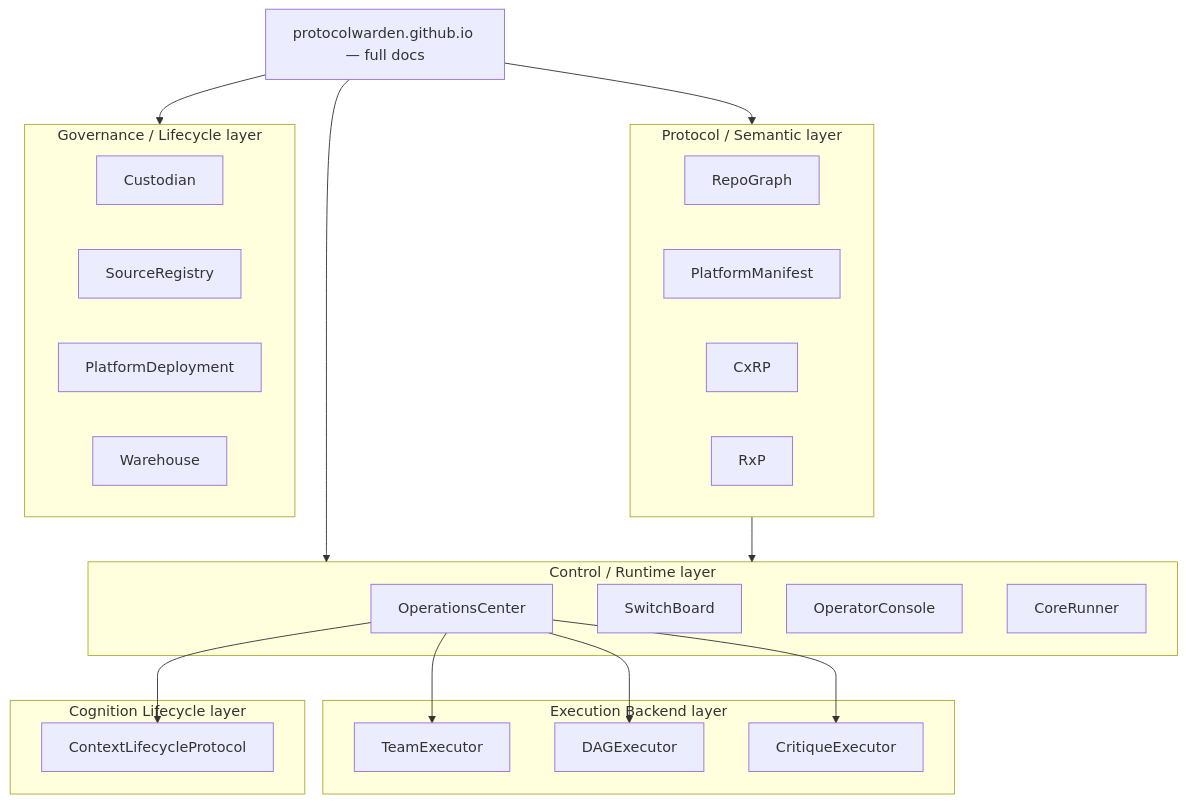
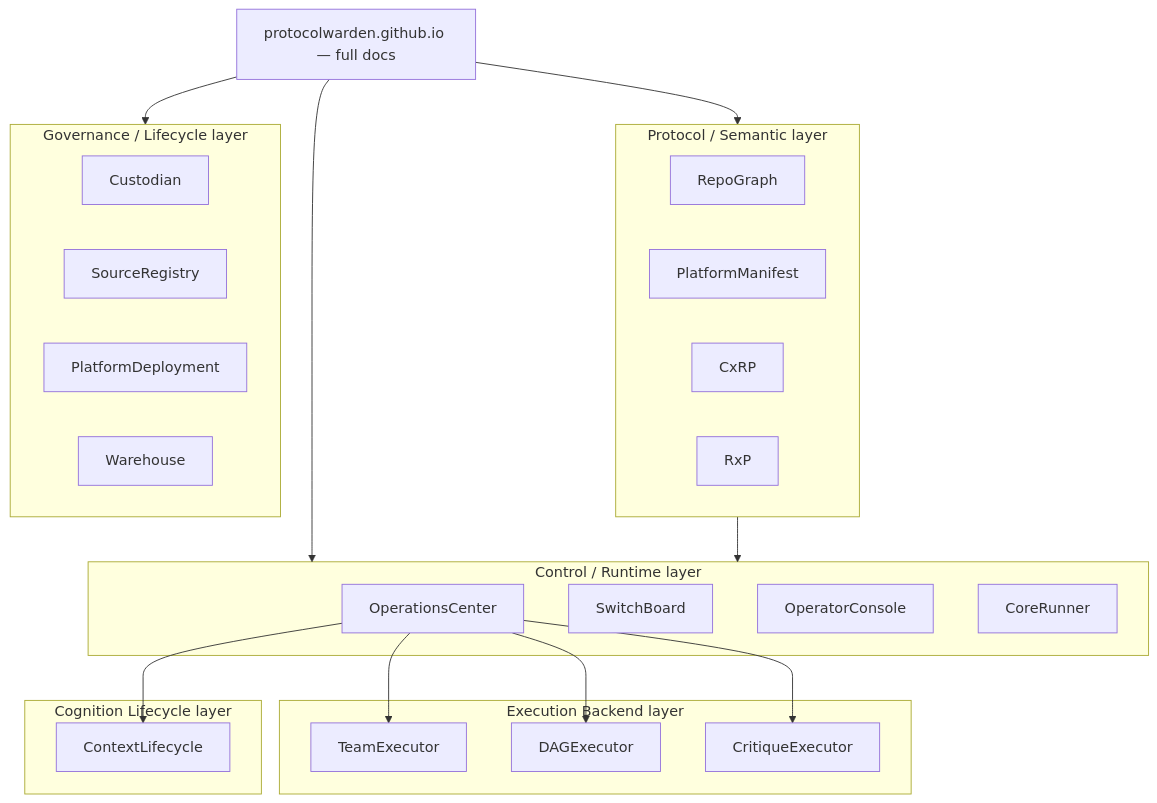
One commit to ProtocolWarden/ProtocolWarden changed the diagram in README.md. Above: the diagram before and after it, drawn with Mermaid. The commit also changed other lines of this file and 1 other file, not shown here.

Commit message:
chore: rename ContextLifecycleProtocol → ContextLifecycle
Hard cutover — update all references to match new repo name.

````diff
--- a/README.md
+++ b/README.md
@@ -16,44 +16,44 @@
 ```mermaid
 graph TD
     DOCS["protocolwarden.github.io — full docs"]
 
     subgraph proto ["Protocol / Semantic layer"]
         RG[RepoGraph]
         PM[PlatformManifest]
         CX[CxRP]
         RX[RxP]
     end
 
     subgraph ctrl ["Control / Runtime layer"]
         OPS[OperationsCenter]
         SB[SwitchBoard]
         OC[OperatorConsole]
         ER[CoreRunner]
     end
 
     subgraph exec ["Execution Backend layer"]
         TE[TeamExecutor]
         DE[DAGExecutor]
         CE[CritiqueExecutor]
     end
 
     subgraph cog ["Cognition Lifecycle layer"]
-        CLP[ContextLifecycleProtocol]
+        CLP[ContextLifecycle]
     end
 
     subgraph gov ["Governance / Lifecycle layer"]
         CU[Custodian]
         SR[SourceRegistry]
         PD[PlatformDeployment]
         WH[Warehouse]
     end
 
     DOCS --> proto
     DOCS --> ctrl
     DOCS --> gov
     proto --> ctrl
     OPS --> TE
     OPS --> DE
     OPS --> CE
     OPS --> CLP
 ```
````
